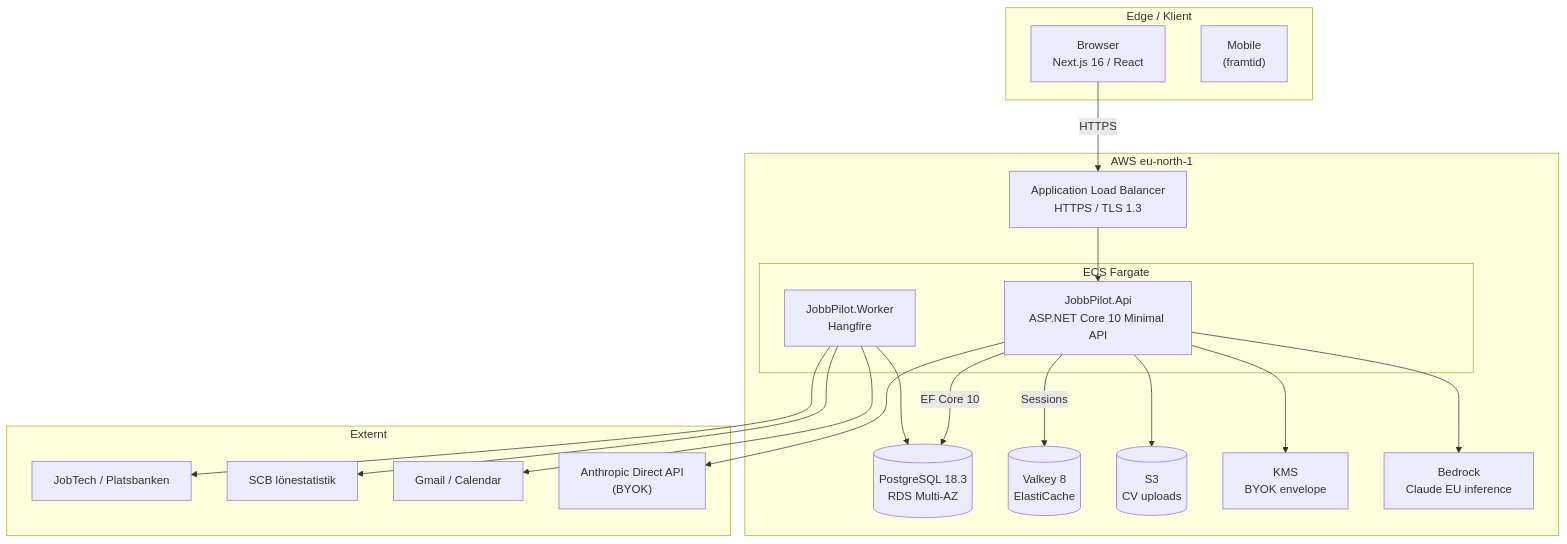
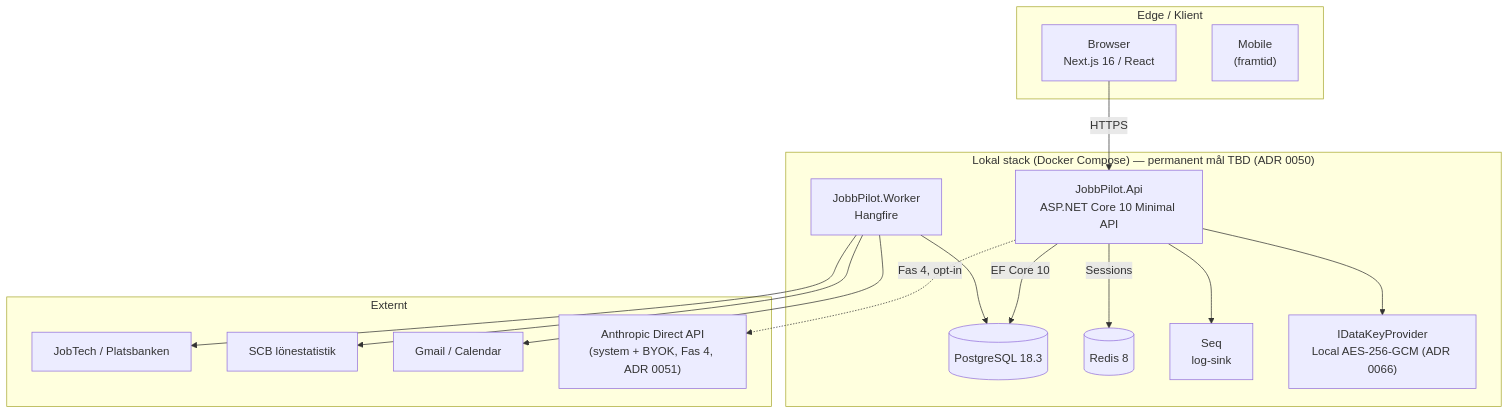
One commit to klasolsson81/jobbliggaren changed the second of 3 diagrams in README.md. Above: the diagram before and after it, drawn with Mermaid. The commit also changed other lines of this file and 11 other files, not shown here.

First line of the commit message:
chore: Refit-cert-fix (NU3012) + AWS-info-rensning efter ADR 0066 (#14)

````diff
--- a/README.md
+++ b/README.md
@@ -273,40 +272,34 @@
 ```mermaid
 flowchart TB
     subgraph Edge["Edge / Klient"]
         Browser["Browser<br/>Next.js 16 / React"]
         Mobile["Mobile<br/>(framtid)"]
     end
 
-    subgraph AWS["AWS eu-north-1"]
-        ALB["Application Load Balancer<br/>HTTPS / TLS 1.3"]
-        subgraph ECS["ECS Fargate"]
-            Api["JobbPilot.Api<br/>ASP.NET Core 10 Minimal API"]
-            Worker["JobbPilot.Worker<br/>Hangfire"]
-        end
-        RDS[("PostgreSQL 18.3<br/>RDS Multi-AZ")]
-        Redis[("Valkey 8<br/>ElastiCache")]
-        S3[("S3<br/>CV uploads")]
-        KMS["KMS<br/>BYOK envelope"]
-        Bedrock["Bedrock<br/>Claude EU inference"]
+    subgraph Local["Lokal stack (Docker Compose) — permanent mål TBD (ADR 0050)"]
+        Api["JobbPilot.Api<br/>ASP.NET Core 10 Minimal API"]
+        Worker["JobbPilot.Worker<br/>Hangfire"]
+        DB[("PostgreSQL 18.3")]
+        Redis[("Redis 8")]
+        Seq["Seq<br/>log-sink"]
+        DEK["IDataKeyProvider<br/>Local AES-256-GCM (ADR 0066)"]
     end
 
     subgraph External["Externt"]
         JobTech["JobTech / Platsbanken"]
         SCB["SCB lönestatistik"]
         Gmail["Gmail / Calendar"]
-        Anthropic["Anthropic Direct API<br/>(BYOK)"]
+        Anthropic["Anthropic Direct API<br/>(system + BYOK, Fas 4, ADR 0051)"]
     end
 
-    Browser -->|HTTPS| ALB
-    ALB --> Api
-    Api -->|EF Core 10| RDS
+    Browser -->|HTTPS| Api
+    Api -->|EF Core 10| DB
     Api -->|Sessions| Redis
-    Api --> S3
-    Api --> KMS
-    Api --> Bedrock
-    Api --> Anthropic
-    Worker --> RDS
+    Api --> Seq
+    Api --> DEK
+    Api -.->|Fas 4, opt-in| Anthropic
+    Worker --> DB
     Worker --> JobTech
     Worker --> SCB
     Worker --> Gmail
 ```
````
